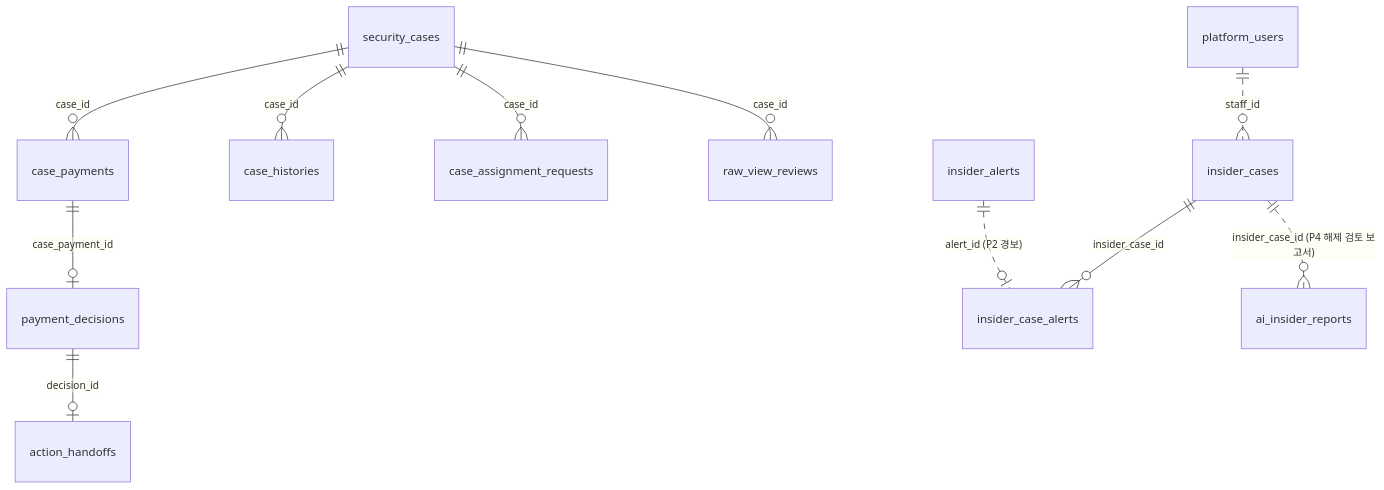
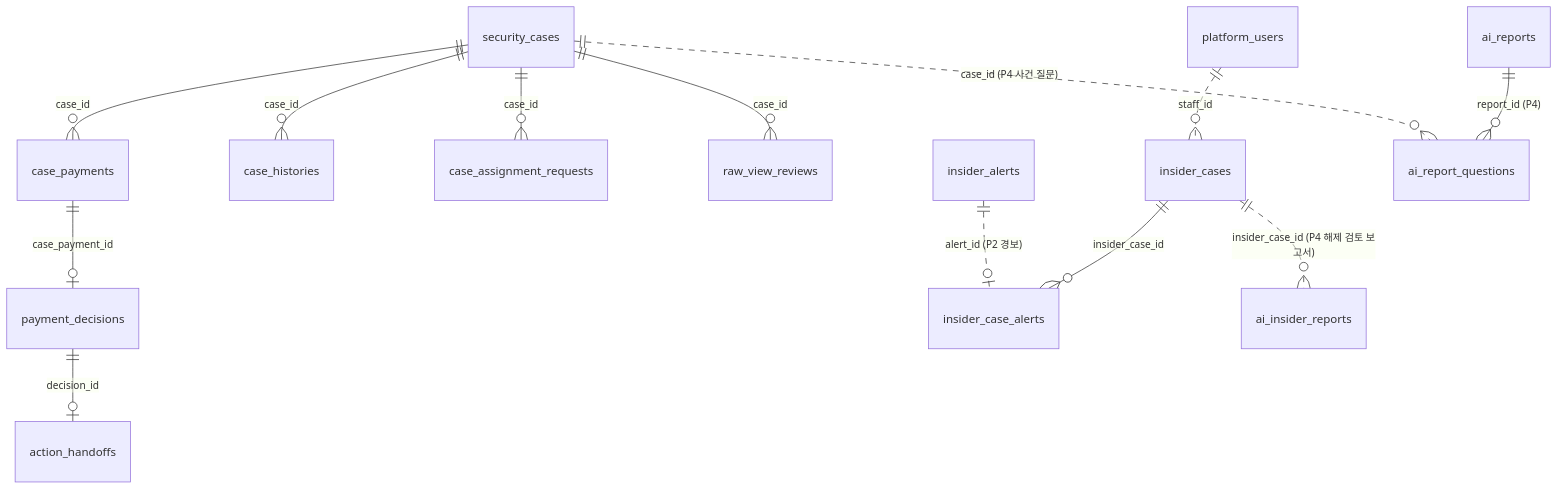
One commit to team-sweethan/DonWorry changed the sixth of 10 diagrams in docs/erd/relationships.md. Above: the diagram before and after it, drawn with Mermaid. The commit also changed other lines of this file and 3 other files, not shown here.

First line of the commit message:
docs: ERD 문서 읽기 쉽게 다시 배치 · 11/08 이후 DB 변경 반영 (#834)

````diff
--- a/docs/erd/relationships.md
+++ b/docs/erd/relationships.md
@@ -86,13 +122,15 @@
 ```mermaid
 erDiagram
     security_cases ||--o{ case_payments : "case_id"
     case_payments ||--o| payment_decisions : "case_payment_id"
     payment_decisions ||--o| action_handoffs : "decision_id"
     security_cases ||--o{ case_histories : "case_id"
     security_cases ||--o{ case_assignment_requests : "case_id"
     security_cases ||--o{ raw_view_reviews : "case_id"
     insider_cases ||--o{ insider_case_alerts : "insider_case_id"
     insider_alerts ||..o| insider_case_alerts : "alert_id (P2 경보)"
     platform_users ||..o{ insider_cases : "staff_id"
     insider_cases ||..o{ ai_insider_reports : "insider_case_id (P4 해제 검토 보고서)"
+    ai_reports ||--o{ ai_report_questions : "report_id (P4)"
+    security_cases ||..o{ ai_report_questions : "case_id (P4 사건 질문)"
 ```
````
